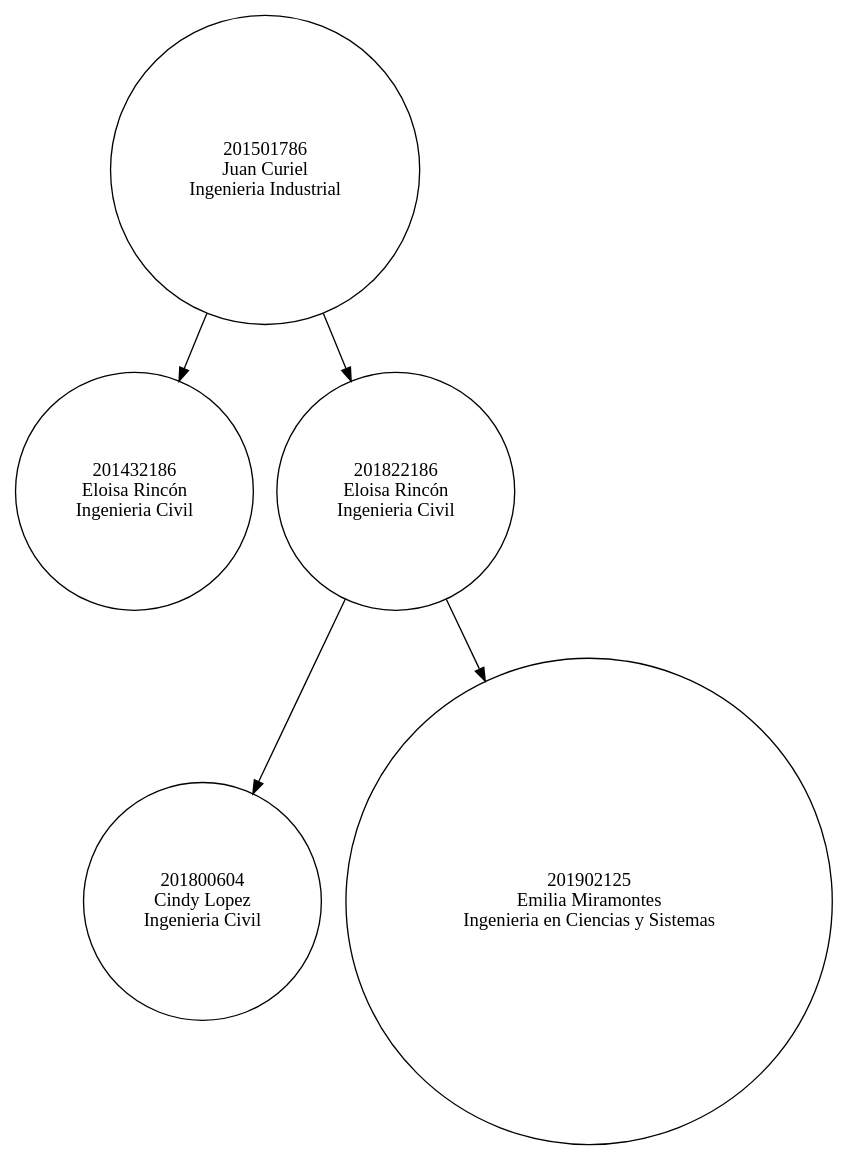
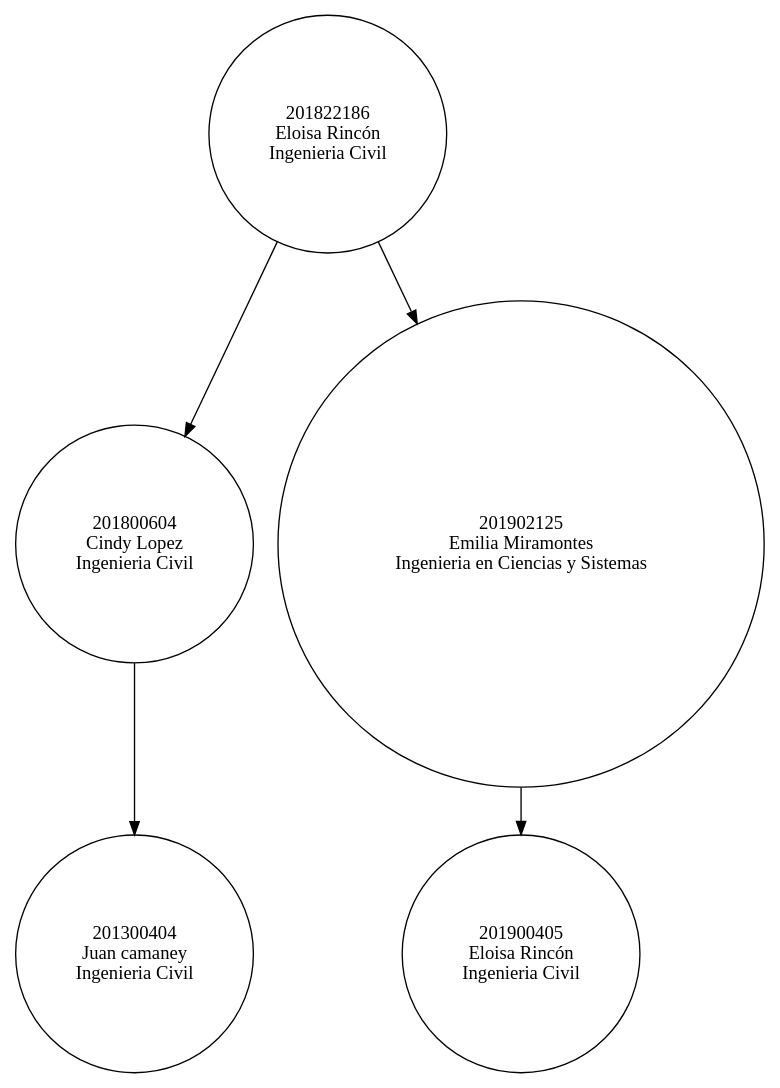
One commit to Elder2296/EDD_SmartClass_201700404 changed the diagram in Fase2/avl.dot. Above: the diagram before and after it, drawn with Graphviz. The commit also changed 21 other files, not shown here.

```diff
--- a/Fase2/avl.dot
+++ b/Fase2/avl.dot
@@ -1,12 +1,12 @@
 digraph AVL{
-node [shape = circle label = "201432186\nEloisa Rincón\nIngenieria Civil"] 201432186
-node [shape = circle label = "201501786\nJuan Curiel\nIngenieria Industrial"] 201501786
+node [shape = circle label = "201300404\nJuan camaney\nIngenieria Civil"] 201300404
 node [shape = circle label = "201800604\nCindy Lopez\nIngenieria Civil"] 201800604
 node [shape = circle label = "201822186\nEloisa Rincón\nIngenieria Civil"] 201822186
+node [shape = circle label = "201900405\nEloisa Rincón\nIngenieria Civil"] 201900405
 node [shape = circle label = "201902125\nEmilia Miramontes\nIngenieria en Ciencias y Sistemas"] 201902125
-201501786 -> 201432186 
-201501786 -> 201822186 
 201822186 -> 201800604 
+201800604 -> 201300404 
 201822186 -> 201902125 
+201902125 -> 201900405 
 
 }
```
